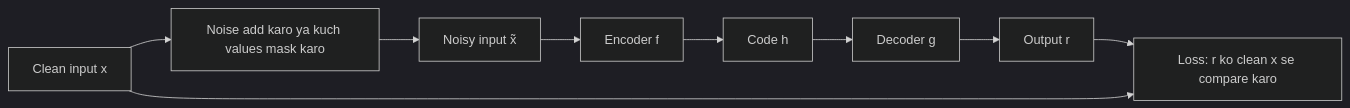
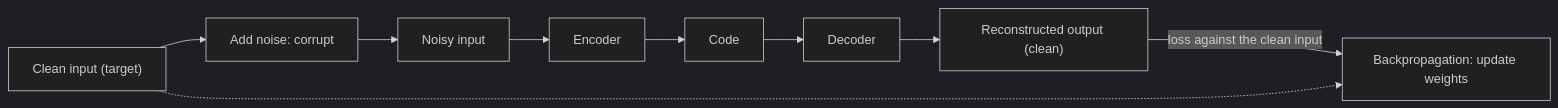
Before and after one commit to TrendySloth1001/sem-seven-notes: the third of 4 diagrams in content/deep-learning/notes/autoencoders.hi.mdx, drawn with Mermaid (dark theme). The commit also changed other lines of this file and 254 other files, not shown here.

Commit message:
Rewrite the backpropagation, gradient descent, regularization and autoencoder notes and their 29 answers from the teachers' class files. They use 185 teacher figures with class-notes citations only, and correct the AdaGrad, RMSProp, Nesterov and batch-norm numbers on the slides.

````diff
--- a/content/deep-learning/notes/autoencoders.hi.mdx
+++ b/content/deep-learning/notes/autoencoders.hi.mdx
@@ -267,12 +596,12 @@
 ```mermaid
-%% caption: Denoising autoencoder ki training. Noise sirf input mein add hota hai; loss output ko clean input se compare karta hai.
+%% caption: Teacher ke diagram se denoising autoencoder ka overall process. Loss output ko clean input se compare karta hai, noisy se nahi.
 flowchart LR
-  X["Clean input x"] --> C["Noise add karo ya kuch values mask karo"]
-  C --> XT["Noisy input x̃"]
-  XT --> E["Encoder f"]
-  E --> H["Code h"]
-  H --> D["Decoder g"]
-  D --> R["Output r"]
-  R --> L["Loss: r ko clean x se compare karo"]
-  X --> L
+  A["Clean input (target)"] --> B["Add noise: corrupt"]
+  B --> C["Noisy input"]
+  C --> D["Encoder"]
+  D --> E["Code"]
+  E --> F["Decoder"]
+  F --> G["Reconstructed output (clean)"]
+  G -->|"loss against the clean input"| H["Backpropagation: update weights"]
+  A -.-> H
 ```
````
